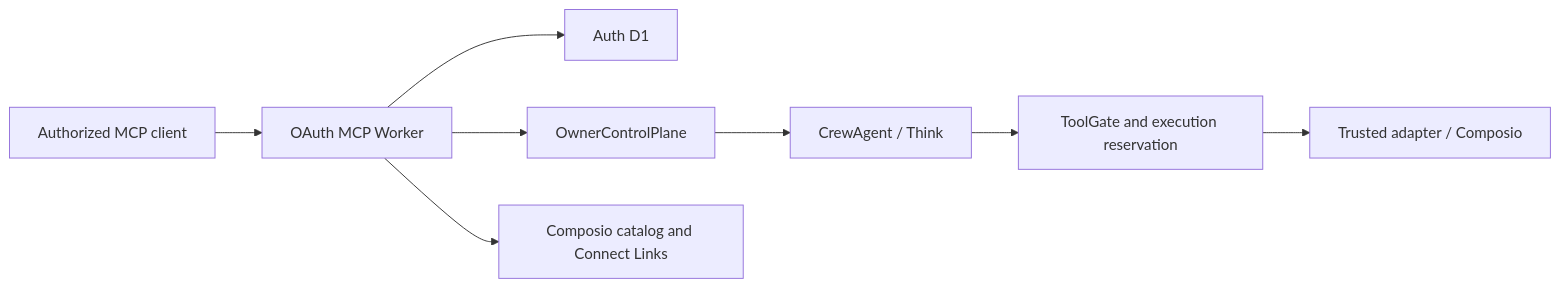
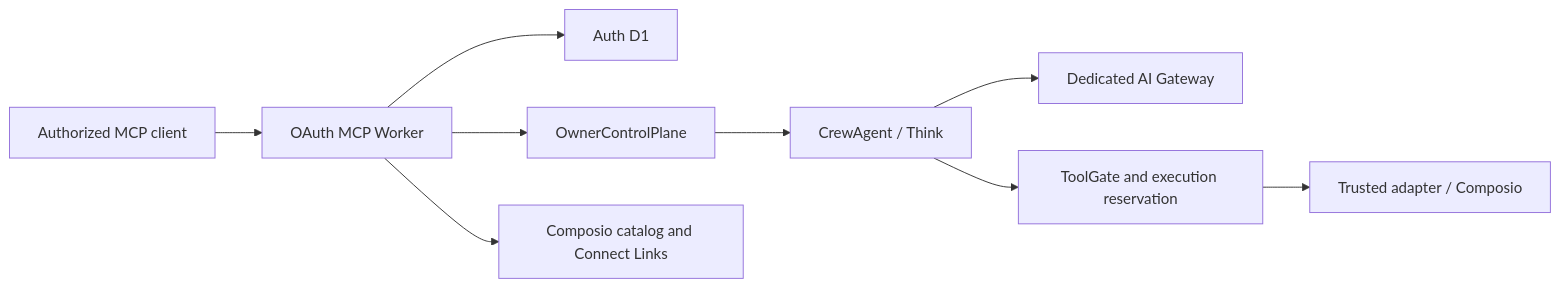
The diagram in docs/architecture/system.md (fkrein1/crewhelm), drawn with Mermaid before and after one commit. The commit also changed other lines of this file and 46 other files, not shown here.

````diff
--- a/docs/architecture/system.md
+++ b/docs/architecture/system.md
@@ -11,10 +11,11 @@
 ```mermaid
 flowchart LR
     MCP["Authorized MCP client"] --> Worker["OAuth MCP Worker"]
     Worker --> Auth["Auth D1"]
     Worker --> Owner["OwnerControlPlane"]
     Owner --> Agent["CrewAgent / Think"]
+    Agent --> Gateway["Dedicated AI Gateway"]
     Worker --> Catalog["Composio catalog and Connect Links"]
     Agent --> Gate["ToolGate and execution reservation"]
     Gate --> Composio["Trusted adapter / Composio"]
 ```
````
